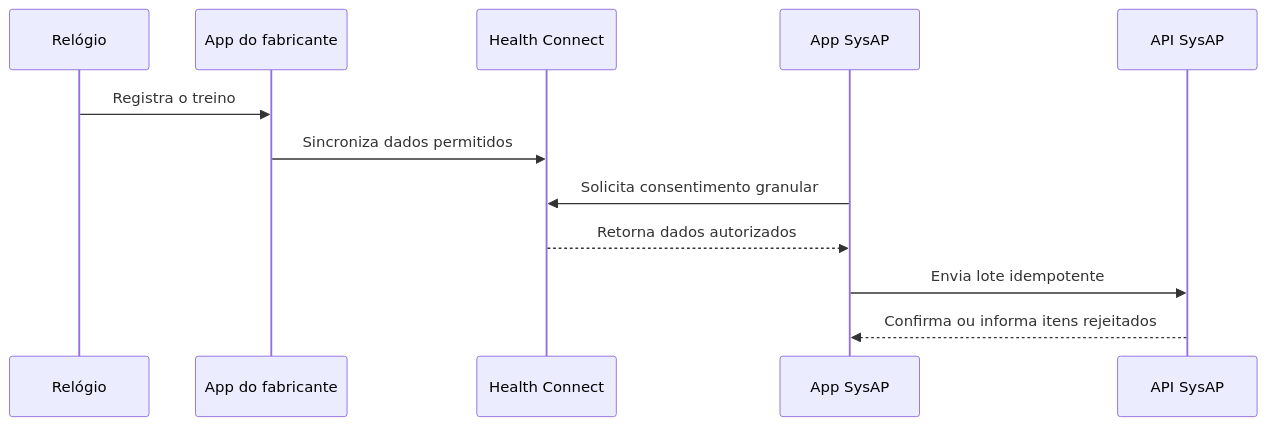
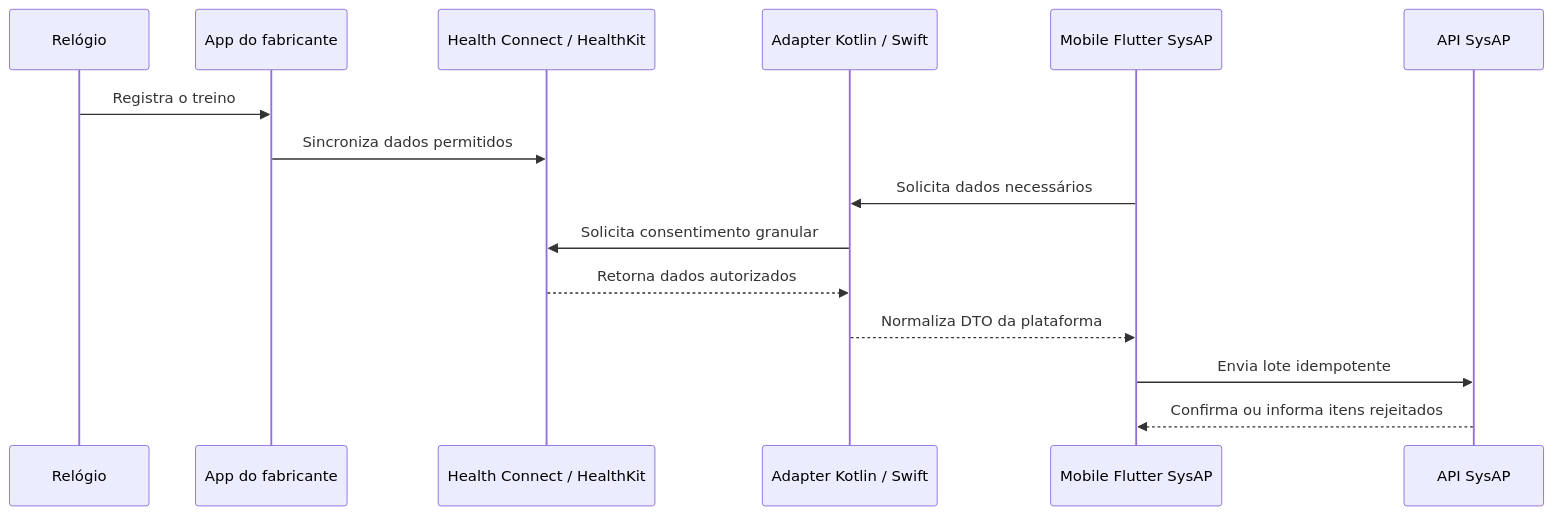
One commit to ccauepereira/SysAP changed the second of 3 diagrams in docs/architecture.md. Above: the diagram before and after it, drawn with Mermaid. The commit also changed other lines of this file and 10 other files, not shown here.

````diff
--- a/docs/architecture.md
+++ b/docs/architecture.md
@@ -215,14 +268,17 @@
 ```mermaid
 sequenceDiagram
     participant W as Relógio
     participant V as App do fabricante
-    participant H as Health Connect
-    participant A as App SysAP
+    participant H as Health Connect / HealthKit
+    participant N as Adapter Kotlin / Swift
+    participant A as Mobile Flutter SysAP
     participant B as API SysAP
     W->>V: Registra o treino
     V->>H: Sincroniza dados permitidos
-    A->>H: Solicita consentimento granular
-    H-->>A: Retorna dados autorizados
+    A->>N: Solicita dados necessários
+    N->>H: Solicita consentimento granular
+    H-->>N: Retorna dados autorizados
+    N-->>A: Normaliza DTO da plataforma
     A->>B: Envia lote idempotente
     B-->>A: Confirma ou informa itens rejeitados
 ```
````
